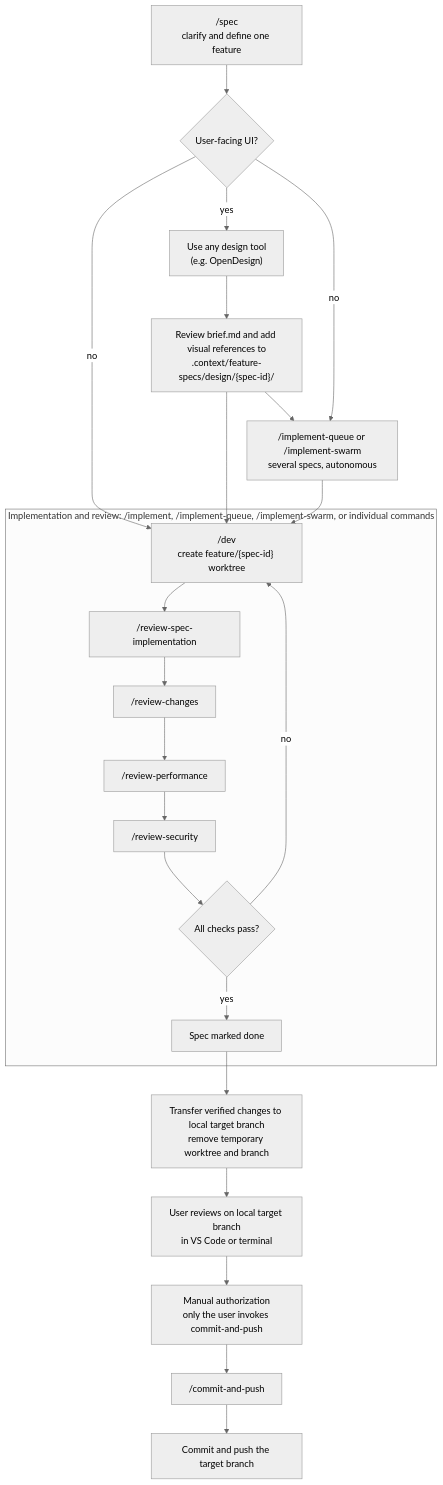
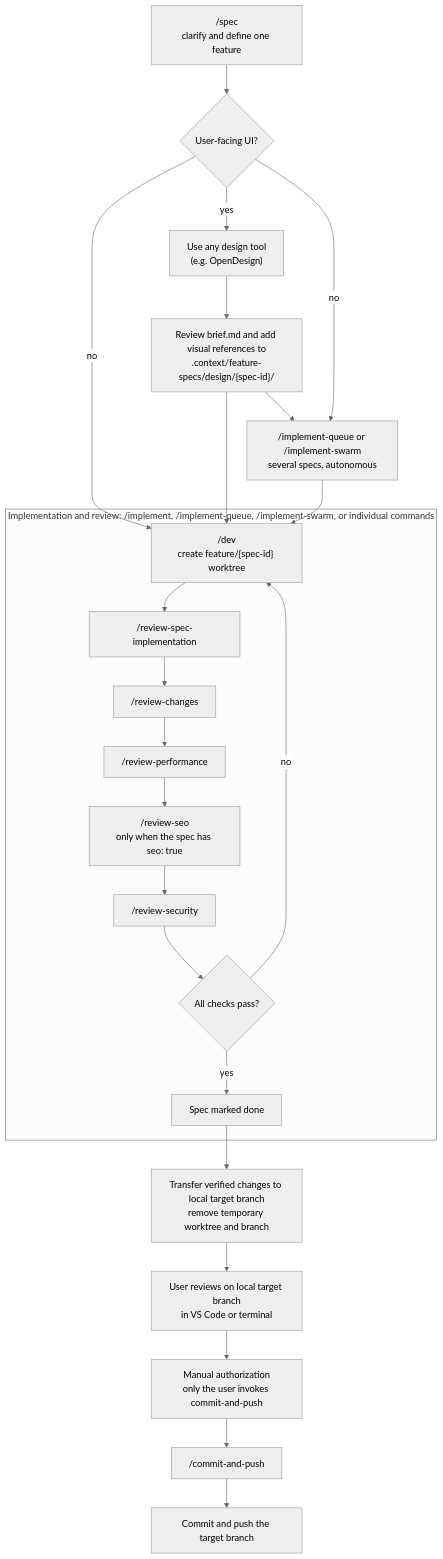
The fourth of 6 diagrams in README.md (the-blue-coder/agentic-starter), drawn with Mermaid (neutral theme) before and after one commit. The commit also changed other lines of this file and 39 other files, not shown here.

Commit message:
add seo review and conventions, frankenphp, phpstan ci and pnpm rules

````diff
--- a/README.md
+++ b/README.md
@@ -207,27 +214,28 @@
 ```mermaid
 flowchart TD
   spec["/spec<br/>clarify and define one feature"] --> ui{"User-facing UI?"}
   ui -- yes --> designTool["Use any design tool<br/>(e.g. OpenDesign)"]
   designTool --> export["Review brief.md and add visual references to<br/>.context/feature-specs/design/{spec-id}/"]
   ui -- no --> dev["/dev<br/>create feature/{spec-id} worktree"]
   export --> dev
   export --> batch["/implement-queue or /implement-swarm<br/>several specs, autonomous"]
   ui -- no --> batch
   batch --> dev
 
   subgraph reviewLoop["Implementation and review: /implement, /implement-queue, /implement-swarm, or individual commands"]
     dev --> verify["/review-spec-implementation"]
     verify --> conventions["/review-changes"]
     conventions --> performance["/review-performance"]
-    performance --> security["/review-security"]
+    performance --> seo["/review-seo<br/>only when the spec has seo: true"]
+    seo --> security["/review-security"]
     security --> clean{"All checks pass?"}
     clean -- no --> dev
     clean -- yes --> done["Spec marked done"]
   end
 
   done --> handoff["Transfer verified changes to local target branch<br/>remove temporary worktree and branch"]
   handoff --> localReview["User reviews on local target branch<br/>in VS Code or terminal"]
   localReview --> gate["Manual authorization<br/>only the user invokes commit-and-push"]
   gate --> ship["/commit-and-push"]
   ship --> pushed["Commit and push the target branch"]
 ```
````
